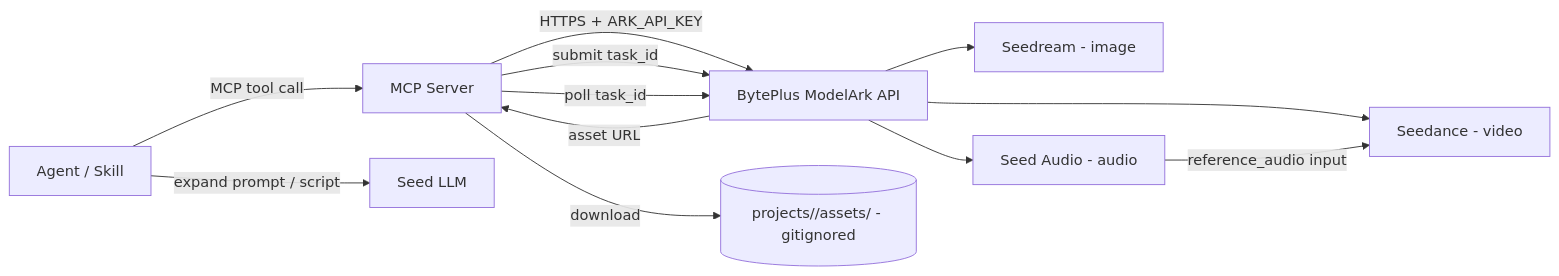
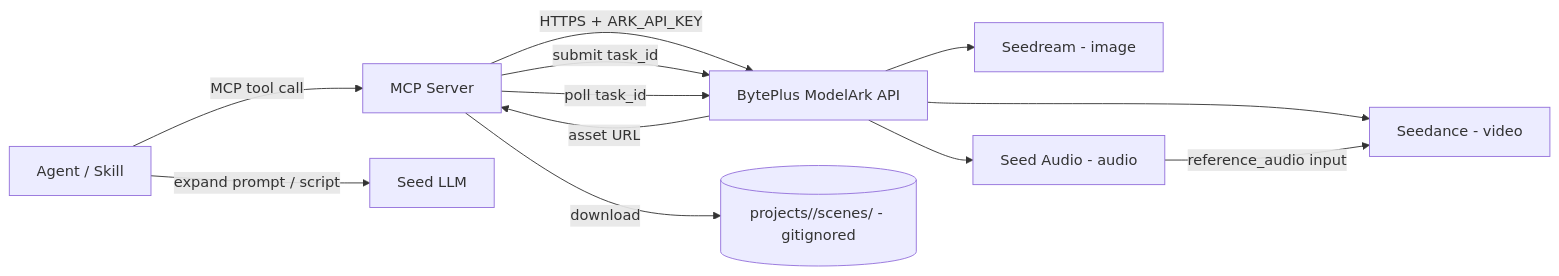
The first of 3 diagrams in AGENTS.md (ArthurReimus-ByteDance/ark-director), drawn with Mermaid before and after one commit. The commit also changed other lines of this file and 4 other files, not shown here.

````diff
--- a/AGENTS.md
+++ b/AGENTS.md
@@ -46,14 +46,14 @@
 ```mermaid
 flowchart LR
   A[Agent / Skill] -->|MCP tool call| B[MCP Server]
   B -->|HTTPS + ARK_API_KEY| C[BytePlus ModelArk API]
   C --> D[Seedance - video]
   C --> E[Seedream - image]
   C --> F[Seed Audio - audio]
   F -->|reference_audio input| D
   B -->|submit task_id| C
   B -->|poll task_id| C
   C -->|asset URL| B
-  B -->|download| G[(projects/<project>/assets/ - gitignored)]
+  B -->|download| G[(projects/<project>/scenes/ - gitignored)]
   A -->|expand prompt / script| H[Seed LLM]
 ```
````
